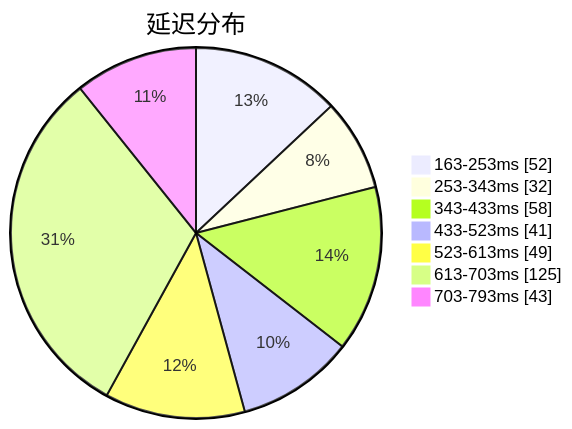
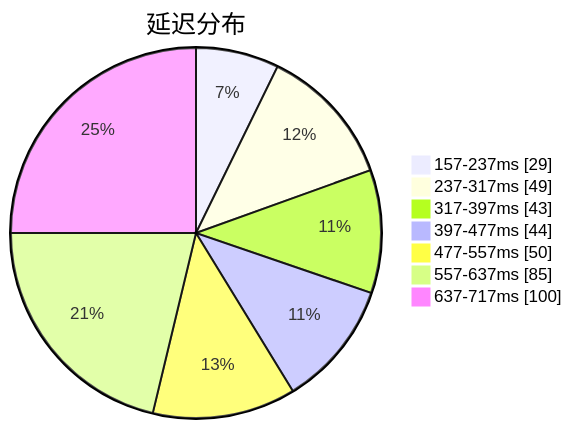
The first of 3 diagrams in subs/statistics/tested_within.md (qjlxg/airport), drawn with Mermaid before and after one commit. The commit also changed other lines of this file and 2 other files, not shown here.

````diff
--- a/subs/statistics/tested_within.md
+++ b/subs/statistics/tested_within.md
@@ -2,11 +2,11 @@
 ```mermaid
 pie showData
 title 延迟分布
-"163-253ms" : 52
-"253-343ms" : 32
-"343-433ms" : 58
-"433-523ms" : 41
-"523-613ms" : 49
-"613-703ms" : 125
-"703-793ms" : 43
+"157-237ms" : 29
+"237-317ms" : 49
+"317-397ms" : 43
+"397-477ms" : 44
+"477-557ms" : 50
+"557-637ms" : 85
+"637-717ms" : 100
 ```
````
